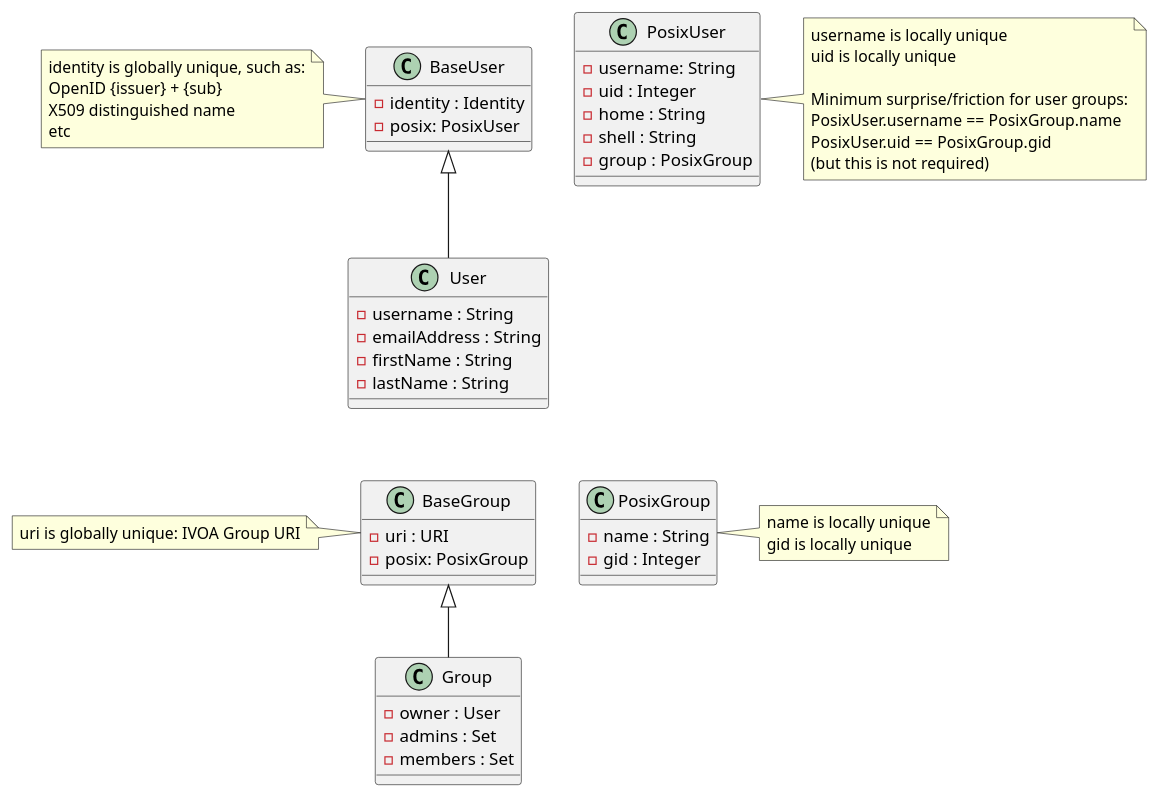
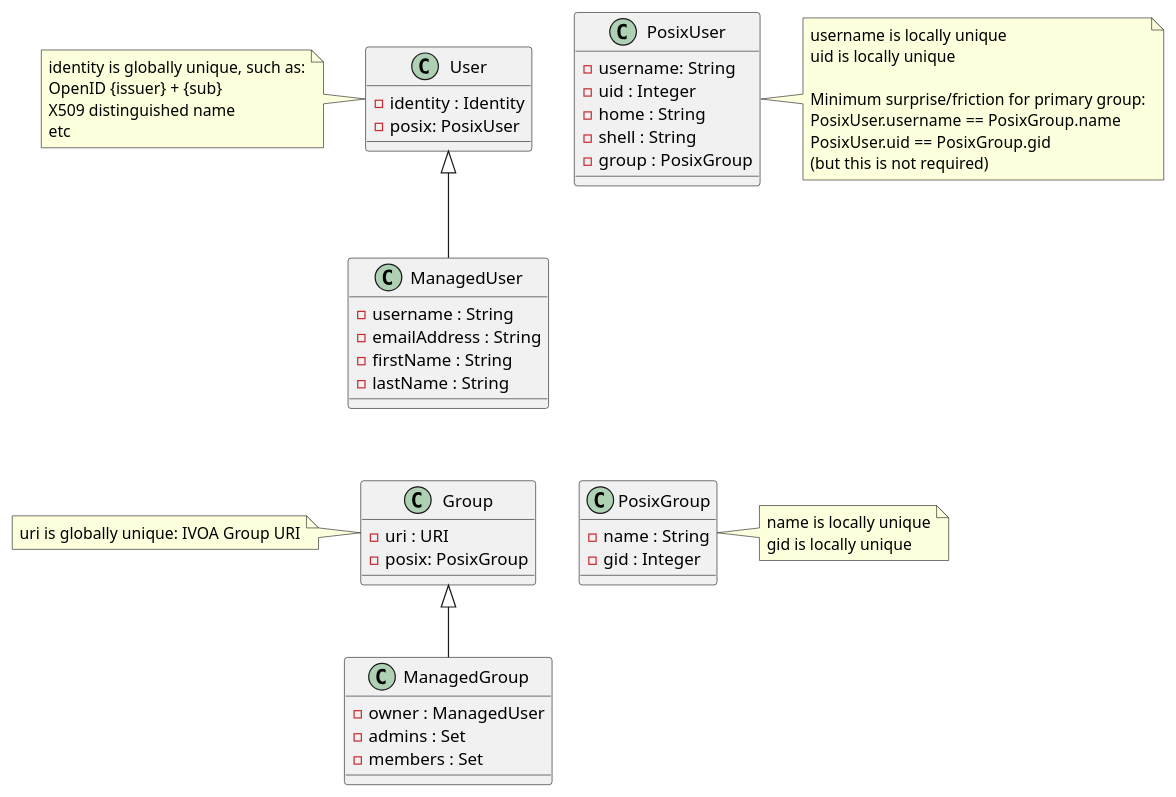
The diagram in PM/posix-details.puml (pdowler/ac), drawn with PlantUML before and after one commit. The commit also changed 1 other file, not shown here.

```diff
--- a/PM/posix-details.puml
+++ b/PM/posix-details.puml
@@ -1,70 +1,68 @@
 @startuml
 
 top to bottom direction
 
 class PosixUser {
   - username: String
   - uid : Integer
   - home : String
   - shell : String
   - group : PosixGroup
 }
-PosixUser -l[hidden]-> BaseUser
+PosixUser -l[hidden]-> User
 note right of PosixUser
   username is locally unique
   uid is locally unique
   
-  Minimum surprise/friction for user groups:
+  Minimum surprise/friction for primary group:
   PosixUser.username == PosixGroup.name
   PosixUser.uid == PosixGroup.gid
   (but this is not required)
 end note
 
 class PosixGroup {
   - name : String
   - gid : Integer
 }
-PosixGroup -l[hidden]-> BaseGroup
+PosixGroup -l[hidden]-> Group
 note right of PosixGroup
   name is locally unique
   gid is locally unique
 end note
 
-class BaseUser {
+class User {
   - identity : Identity
   - posix: PosixUser
 }
-note left of BaseUser
+note left of User
   identity is globally unique, such as:
   OpenID {issuer} + {sub}
   X509 distinguished name
   etc
 end note
 
-class User {
+class ManagedUser {
   - username : String
   - emailAddress : String
   - firstName : String
   - lastName : String
 }
-BaseUser <|-- User
-'unused: User -u[hidden]-> BaseUser
+User <|-- ManagedUser
 
-class BaseGroup {
+class Group {
   - uri : URI
   - posix: PosixGroup
 }
-BaseGroup -u[hidden]-> User
-note left of BaseGroup
+Group -u[hidden]-> ManagedUser
+note left of Group
   uri is globally unique: IVOA Group URI
 end note
 
-class Group {
-  - owner : User
+class ManagedGroup {
+  - owner : ManagedUser
   - admins : Set
   - members : Set
 }
-BaseGroup <|-- Group
-'unused: Group -u[hidden]-> BaseGroup
+Group <|-- ManagedGroup
 
 @enduml
```
